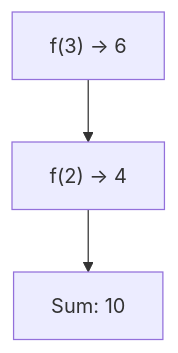
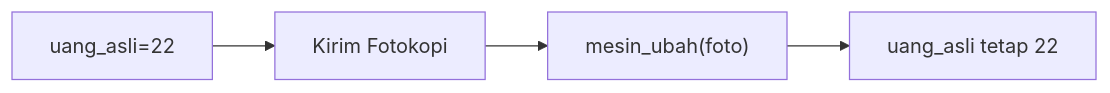
One commit to amnahwaida/OSNK_INF_PREP changed diagram 11 of 25 in part-c-pemahaman-cpp/04-fungsi/latihan/set-06.md. Above: the diagram before and after it, drawn with Mermaid. The commit also changed other lines of this file and 71 other files, not shown here.

````diff
--- a/part-c-pemahaman-cpp/04-fungsi/latihan/set-06.md
+++ b/part-c-pemahaman-cpp/04-fungsi/latihan/set-06.md
@@ -288,5 +301,6 @@
 ```mermaid
-graph TD
-A["f(3) -> 6"] --> B["f(2) -> 4"]
-B --> C["Sum: 10"]
+graph LR
+A["uang_asli=22"] --> B["Kirim Fotokopi"]
+B --> C["mesin_ubah(foto)"]
+C --> D["uang_asli tetap 22"]
 ```
````
